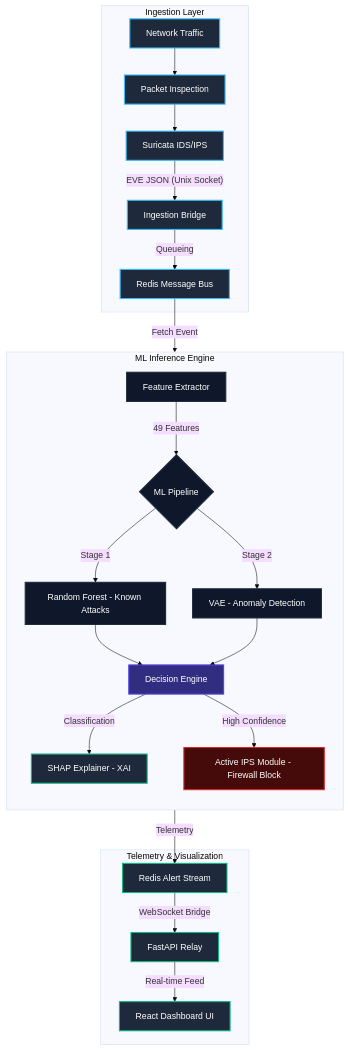
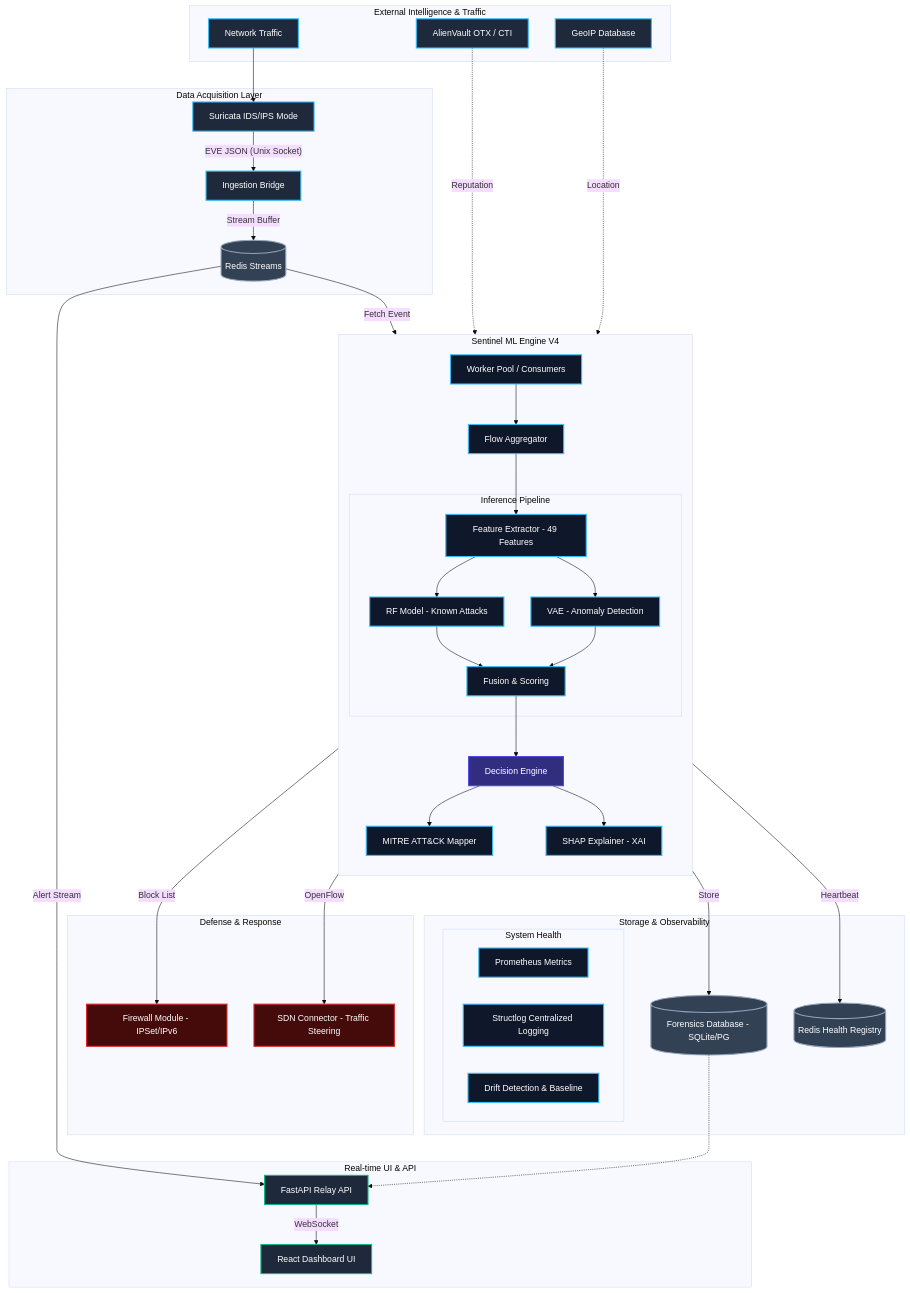
One commit to Priyadarshini-L-215/Hybrid-IDS-SDN changed the diagram in project_architecture.md. Above: the diagram before and after it, drawn with Mermaid (base theme). The commit also changed other lines of this file and 21 other files, not shown here.

Commit message:
refactor: optimize ML engine performance through selective SHAP, sampled drift detection, LRU-based de-duplication, and UI cleanup with alert history replay

````diff
--- a/project_architecture.md
+++ b/project_architecture.md
@@ -9,44 +9,72 @@
 ```mermaid
 graph TD
-    subgraph Ingestion_Layer [Ingestion Layer]
-        NT[Network Traffic] --> PI[Packet Inspection]
-        PI --> SIDS[Suricata IDS/IPS]
-        SIDS -- "EVE JSON (Unix Socket)" --> IB[Ingestion Bridge]
-        IB -- "Queueing" --> RM[Redis Message Bus]
+    subgraph External_Sources [External Intelligence & Traffic]
+        NT[Network Traffic]
+        CTI[AlienVault OTX / CTI]
+        GEO[GeoIP Database]
     end
 
-    subgraph ML_Inference_Engine [ML Inference Engine]
-        direction TB
-        RM -- "Fetch Event" --> FE[Feature Extractor]
-        FE -- "49 Features" --> MLP{ML Pipeline}
-        
-        MLP -- "Stage 1" --> RF[Random Forest - Known Attacks]
-        MLP -- "Stage 2" --> VAE[VAE - Anomaly Detection]
-        
-        RF --> DE[Decision Engine]
-        VAE --> DE
-        
-        DE -- "Classification" --> SHAP[SHAP Explainer - XAI]
-        DE -- "High Confidence" --> IPS[Active IPS Module - Firewall Block]
+    subgraph Ingestion_Layer [Data Acquisition Layer]
+        NT --> SIDS[Suricata IDS/IPS Mode]
+        SIDS -- "EVE JSON (Unix Socket)" --> ING[Ingestion Bridge]
+        ING -- "Stream Buffer" --> REDIS_BUF[(Redis Streams)]
     end
 
-    subgraph Telemetry_Visualization [Telemetry & Visualization]
-        DE -- "Telemetry" --> RAS[Redis Alert Stream]
-        RAS -- "WebSocket Bridge" --> FR[FastAPI Relay]
-        FR -- "Real-time Feed" --> RD[React Dashboard UI]
+    subgraph ML_Inference_Core [Sentinel ML Engine V4]
+        direction TB
+        REDIS_BUF -- "Fetch Event" --> CNS[Worker Pool / Consumers]
+        CNS --> FLOW[Flow Aggregator]
+        FLOW --> FE[Feature Extractor - 49 Features]
+        
+        subgraph Pipeline [Inference Pipeline]
+            FE --> RF[RF Model - Known Attacks]
+            FE --> VAE[VAE - Anomaly Detection]
+            RF --> SCO[Fusion & Scoring]
+            VAE --> SCO
+        end
+        
+        SCO --> DE[Decision Engine]
+        CTI -. "Reputation" .-> DE
+        GEO -. "Location" .-> DE
+        
+        DE --> MITRE[MITRE ATT&CK Mapper]
+        DE --> SHAP[SHAP Explainer - XAI]
+    end
+
+    subgraph Response_Mitigation [Defense & Response]
+        DE -- "Block List" --> FW[Firewall Module - IPSet/IPv6]
+        DE -- "OpenFlow" --> SDN[SDN Connector - Traffic Steering]
+    end
+
+    subgraph Persistence_Monitoring [Storage & Observability]
+        DE -- "Store" --> DB[(Forensics Database - SQLite/PG)]
+        CNS -- "Heartbeat" --> REDIS_HB[(Redis Health Registry)]
+        
+        subgraph Monitoring [System Health]
+            MET[Prometheus Metrics]
+            LOG[Structlog Centralized Logging]
+            DRIFT[Drift Detection & Baseline]
+        end
+    end
+
+    subgraph Delivery_Visualization [Real-time UI & API]
+        DB -.-> RELAY[FastAPI Relay API]
+        REDIS_BUF -- "Alert Stream" --> RELAY
+        RELAY -- "WebSocket" --> UI[React Dashboard UI]
     end
 
     %% Styling
     classDef ingestion fill:#1e293b,stroke:#38bdf8,stroke-width:2px,color:#fff
-    classDef engine fill:#0f172a,stroke:#1e293b,stroke-width:2px,color:#fff
+    classDef engine fill:#0f172a,stroke:#38bdf8,stroke-width:2px,color:#fff
     classDef visual fill:#1e293b,stroke:#10b981,stroke-width:2px,color:#fff
     classDef decision fill:#312e81,stroke:#4f46e5,stroke-width:2px,color:#fff
     classDef critical fill:#450a0a,stroke:#dc2626,stroke-width:2px,color:#fff
+    classDef storage fill:#334155,stroke:#94a3b8,stroke-width:2px,color:#fff
 
-    class NT,PI,SIDS,IB,RM ingestion
-    class FE,MLP,RF,VAE engine
-    class SHAP visual
+    class NT,CTI,GEO,SIDS,ING ingestion
+    class CNS,FLOW,FE,RF,VAE,SCO,MITRE,SHAP,MET,LOG,DRIFT engine
     class DE decision
-    class IPS critical
-    class RAS,FR,RD visual
+    class FW,SDN critical
+    class DB,REDIS_BUF,REDIS_HB storage
+    class RELAY,UI visual
 ```
````
